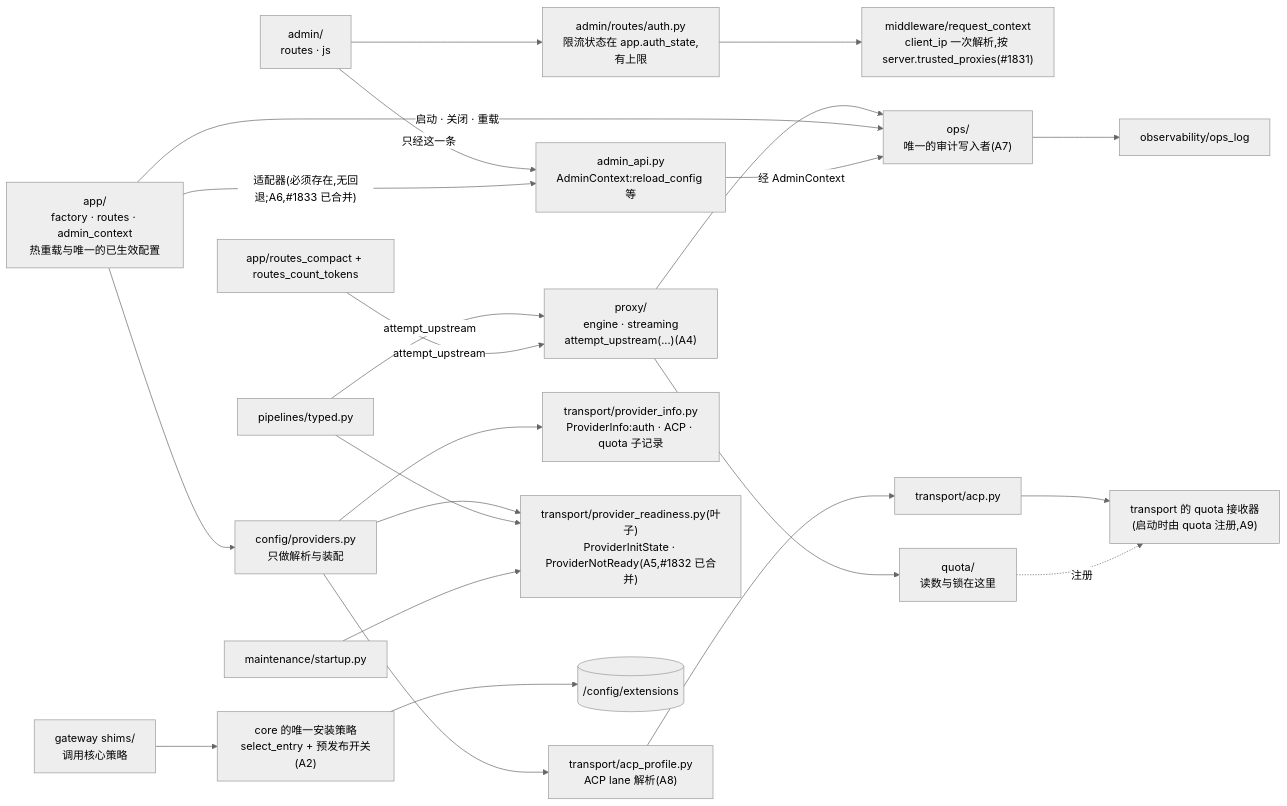
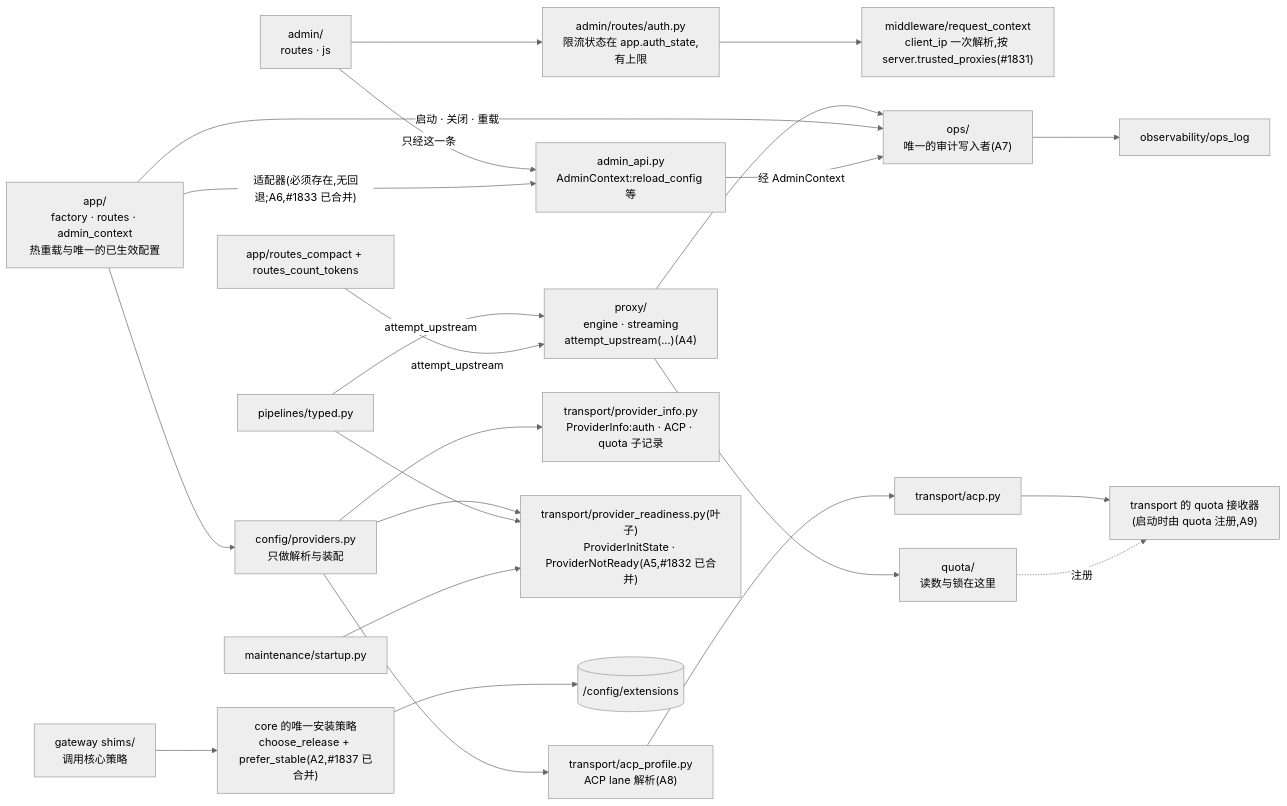
One commit to Oaklight/llm-rosetta changed the diagram in gap_ideal.mmd. Above: the diagram before and after it, drawn with Mermaid (neutral theme). The commit also changed 4 other files, not shown here.

Commit message:
diagrams: one extension install policy in core (#1837)

```diff
--- a/gap_ideal.mmd
+++ b/gap_ideal.mmd
@@ -1,44 +1,44 @@
 flowchart LR
   ADMIN["admin/<br/>routes · js"]
   ADMINAPI["admin_api.py<br/>AdminContext:reload_config 等"]
   APP["app/<br/>factory · routes · admin_context<br/>热重载与唯一的已生效配置"]
   LOGIN["admin/routes/auth.py<br/>限流状态在 app.auth_state,有上限"]
   MWCTX["middleware/request_context<br/>client_ip 一次解析,按 server.trusted_proxies(#1831)"]
   PROXY["proxy/<br/>engine · streaming<br/>attempt_upstream(...)(A4)"]
   PIPES["pipelines/typed.py"]
   RELAY["app/routes_compact + routes_count_tokens"]
   CONFIG["config/providers.py<br/>只做解析与装配"]
   ACPPROF["transport/acp_profile.py<br/>ACP lane 解析(A8)"]
   PINFO["transport/provider_info.py<br/>ProviderInfo:auth · ACP · quota 子记录"]
   TRANSPORT["transport/acp.py"]
   SINK["transport 的 quota 接收器<br/>(启动时由 quota 注册,A9)"]
   QUOTA["quota/<br/>读数与锁在这里"]
   PSTATE["transport/provider_readiness.py(叶子)<br/>ProviderInitState · ProviderNotReady(A5,#1832 已合并)"]
   MAINT["maintenance/startup.py"]
   OPS["ops/<br/>唯一的审计写入者(A7)"]
   OPSLOG["observability/ops_log"]
-  EXTCORE["core 的唯一安装策略<br/>select_entry + 预发布开关(A2)"]
+  EXTCORE["core 的唯一安装策略<br/>choose_release + prefer_stable(A2,#1837 已合并)"]
   EXTGW["gateway shims/<br/>调用核心策略"]
   EXTDIR[("/config/extensions")]
   ADMIN -->|"只经这一条"| ADMINAPI
   APP -->|"适配器(必须存在,无回退;A6,#1833 已合并)"| ADMINAPI
   ADMIN --> LOGIN
   LOGIN --> MWCTX
   PROXY --> QUOTA
   PIPES -->|"attempt_upstream"| PROXY
   RELAY -->|"attempt_upstream"| PROXY
   APP --> CONFIG
   CONFIG --> ACPPROF
   CONFIG --> PINFO
   ACPPROF --> TRANSPORT
   TRANSPORT --> SINK
   QUOTA -.->|"注册"| SINK
   CONFIG --> PSTATE
   PIPES --> PSTATE
   MAINT --> PSTATE
   PROXY --> OPS
   APP -->|"启动 · 关闭 · 重载"| OPS
   ADMINAPI -->|"经 AdminContext"| OPS
   OPS --> OPSLOG
   EXTGW --> EXTCORE
   EXTCORE --> EXTDIR
```
